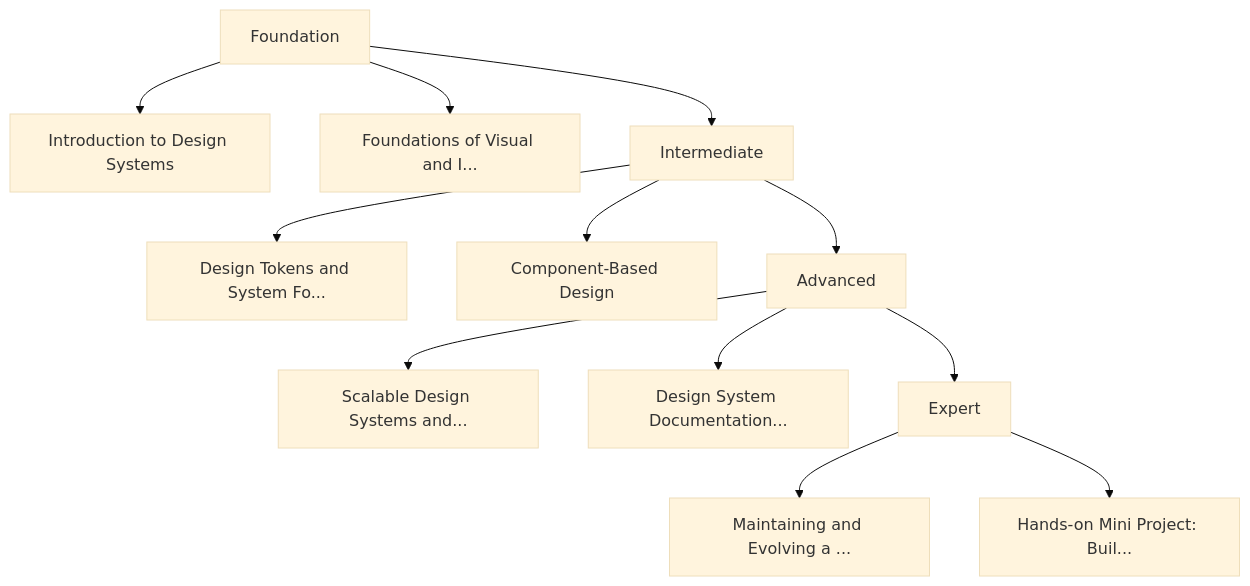
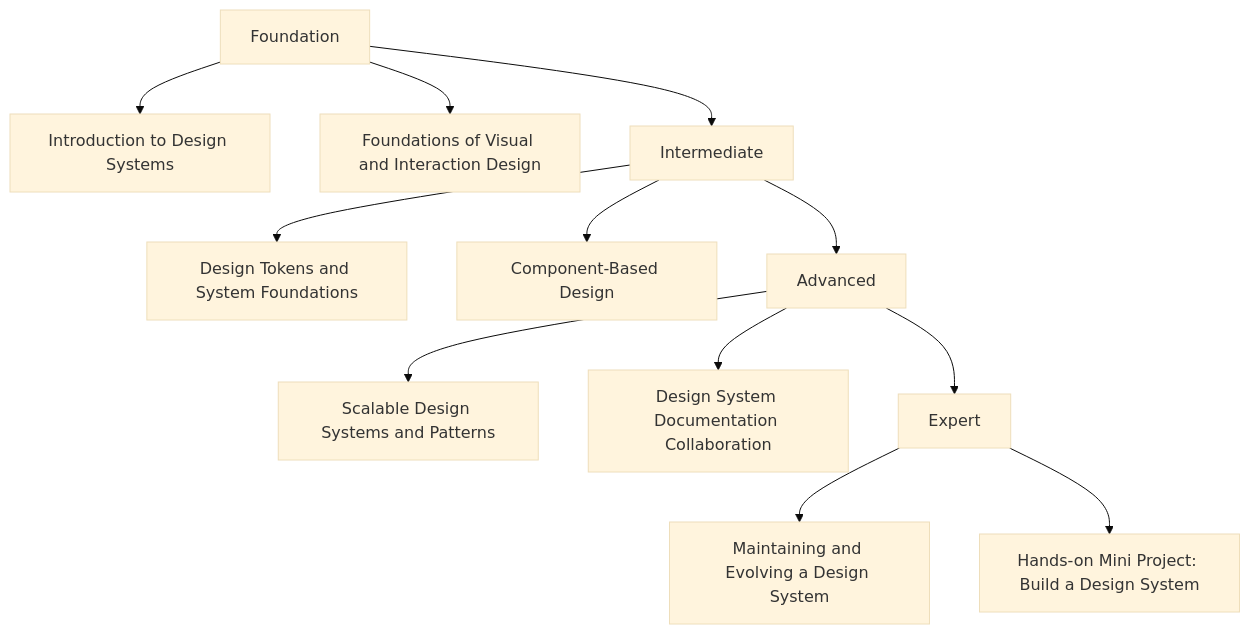
One commit to m-rizqinovniari/design-system-handbook changed the diagram in docs/index.md. Above: the diagram before and after it, drawn with Mermaid (base theme). The commit also changed other lines of this file, not shown here.

Commit message:
Update index.md documentation

````diff
--- a/docs/index.md
+++ b/docs/index.md
@@ -14,26 +14,26 @@
 ```mermaid
 graph TD
     P1["Foundation"]
     M1_1["Introduction to Design Systems"]
     P1 --> M1_1
-    M1_2["Foundations of Visual and I..."]
+    M1_2["Foundations of Visual and Interaction Design"]
     P1 --> M1_2
     P2["Intermediate"]
     P1 --> P2
-    M2_1["Design Tokens and System Fo..."]
+    M2_1["Design Tokens and System Foundations"]
     P2 --> M2_1
     M2_2["Component-Based Design"]
     P2 --> M2_2
     P3["Advanced"]
     P2 --> P3
-    M3_1["Scalable Design Systems and..."]
+    M3_1["Scalable Design Systems and Patterns"]
     P3 --> M3_1
-    M3_2["Design System Documentation..."]
+    M3_2["Design System Documentation Collaboration"]
     P3 --> M3_2
     P4["Expert"]
     P3 --> P4
-    M4_1["Maintaining and Evolving a ..."]
+    M4_1["Maintaining and Evolving a Design System"]
     P4 --> M4_1
-    M4_2["Hands-on Mini Project: Buil..."]
+    M4_2["Hands-on Mini Project: Build a Design System"]
     P4 --> M4_2
 ```
````
